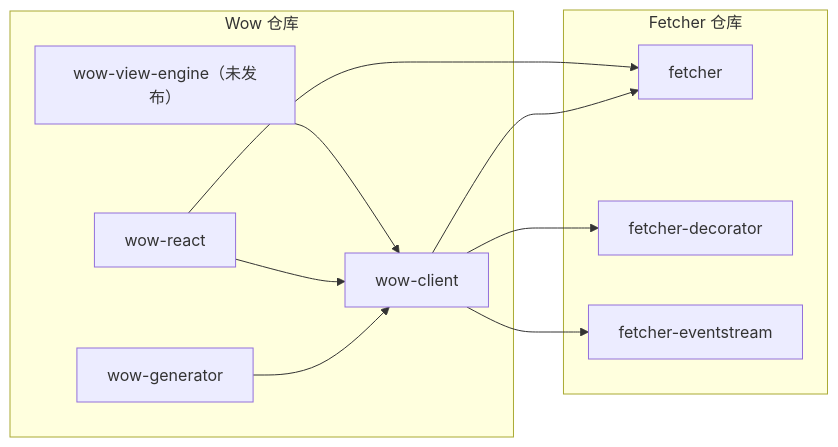
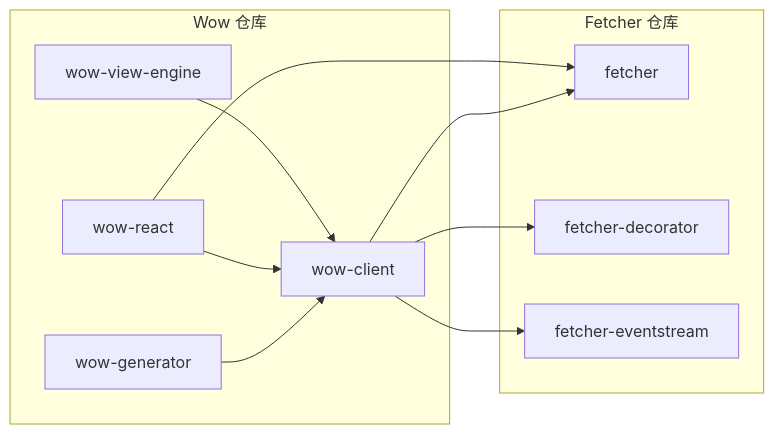
Before and after one commit to Ahoo-Wang/Wow: the diagram in documentation/docs/zh/guide/typescript/index.md, drawn with Mermaid. The commit also changed other lines of this file and 56 other files, not shown here.

````diff
--- a/documentation/docs/zh/guide/typescript/index.md
+++ b/documentation/docs/zh/guide/typescript/index.md
@@ -29,21 +30,21 @@
 ```mermaid
 flowchart LR
     subgraph Wow["Wow 仓库"]
         Client["wow-client"]
         Generator["wow-generator"]
         React["wow-react"]
-        Engine["wow-view-engine（未发布）"]
+        Engine["wow-view-engine"]
     end
     subgraph Fetcher["Fetcher 仓库"]
         Core["fetcher"]
         Decorator["fetcher-decorator"]
         EventStream["fetcher-eventstream"]
     end
     Generator --> Client
     React --> Client
     Engine --> Client
     Client --> Core
     Client --> Decorator
     Client --> EventStream
     React --> Core
 ```
````
